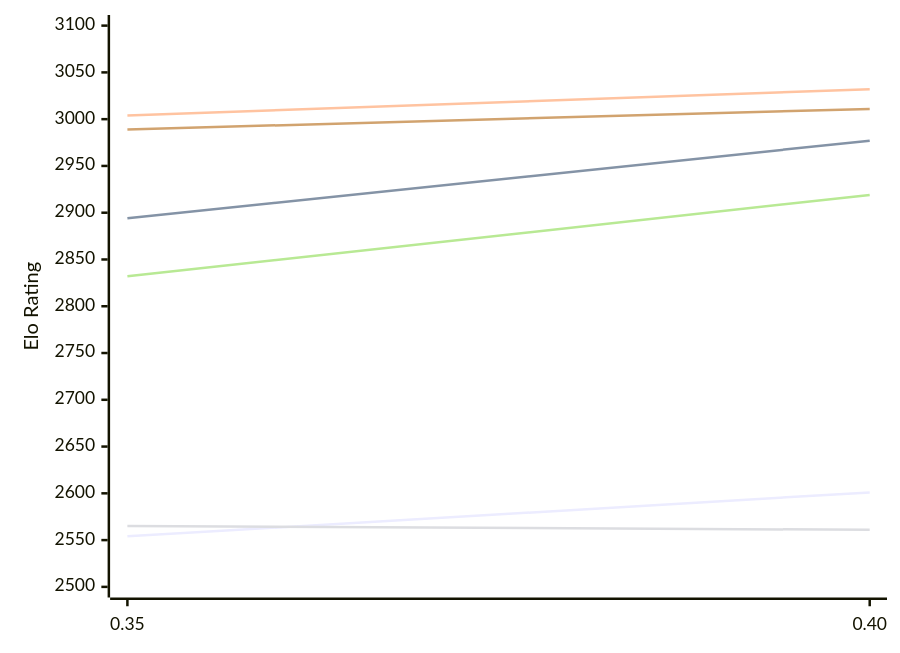
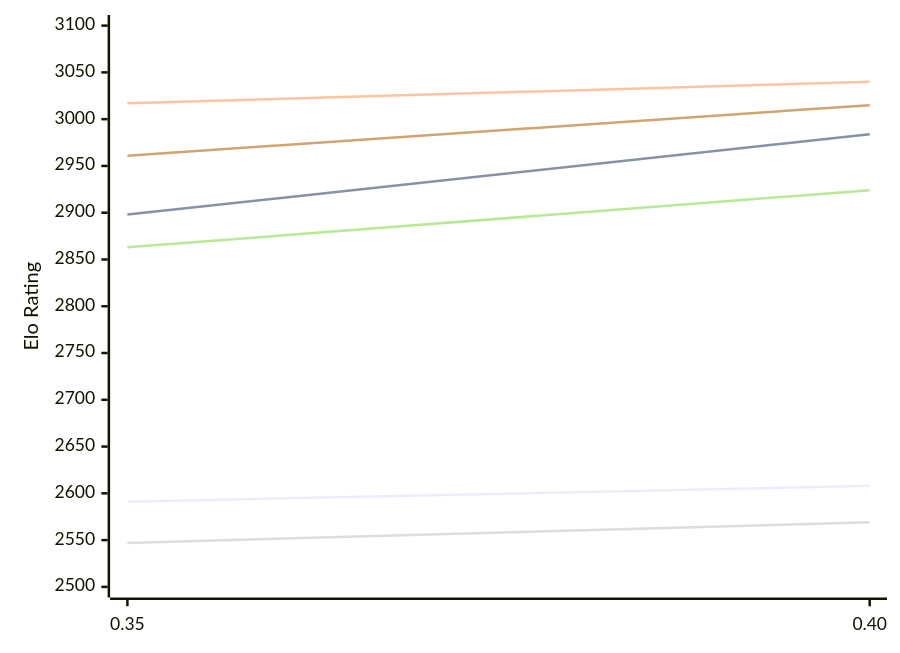
One commit to computer-chess-index/cci changed the first of 2 diagrams in engines/Gecko.md. Above: the diagram before and after it, drawn with Mermaid. The commit also changed other lines of this file, not shown here.

Commit message:
Update CCI Ratings (ELO VLTC) - 2026-11-16

````diff
--- a/engines/Gecko.md
+++ b/engines/Gecko.md
@@ -54,12 +54,12 @@
 ```mermaid
 %%{init: {"theme":"base","themeVariables":{"seriesColors:['#a3a3a3','#222221','#faa371']}}}%%
 xychart-beta
   x-axis ["0.35", "0.40"]
   y-axis "Elo Rating" 2500 --> 3100
-  line "E1: STC (8.0+0.08s)" [2554, 2601]
-  line "E1: LTC (60.0+0.60s)" [2894, 2977]
-  line "E1: VLTC (2m24s+1.12s)" [3004, 3032]
-  line "P1: STC (8.0+0.08s)" [2565, 2561]
-  line "P1: LTC (60.0+0.60s)" [2832, 2919]
-  line "P1: VLTC (2m24s+1.12s)" [2989, 3011]
+  line "E1: STC (8.0+0.08s)" [2591, 2608]
+  line "E1: LTC (60.0+0.60s)" [2898, 2984]
+  line "E1: VLTC (2m24s+1.12s)" [3017, 3040]
+  line "P1: STC (8.0+0.08s)" [2547, 2569]
+  line "P1: LTC (60.0+0.60s)" [2863, 2924]
+  line "P1: VLTC (2m24s+1.12s)" [2961, 3015]
 ```
````
